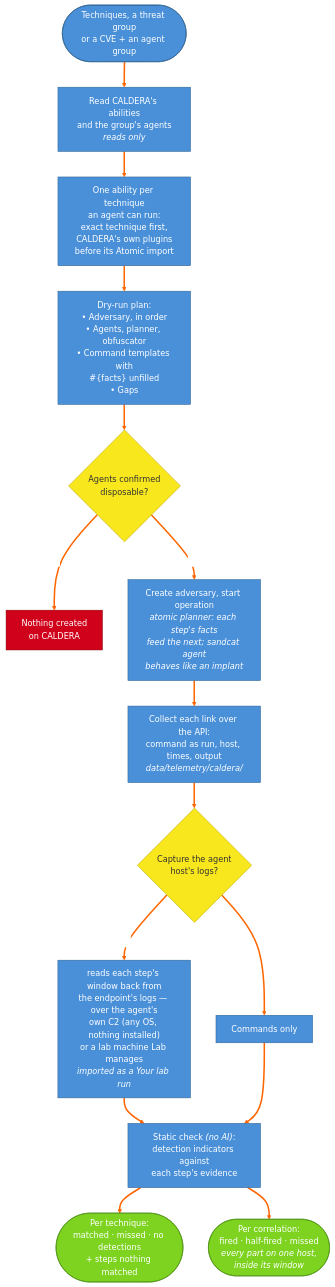
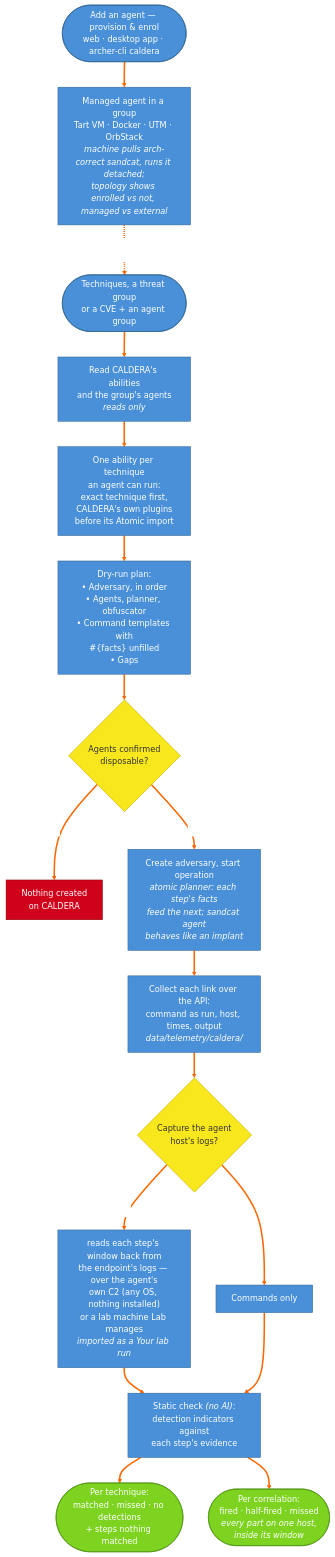
Before and after one commit to cmdaltr/shikari: the diagram in docs/architecture/mermaid/14_11_caldera_workflow_chained_emulation.md, drawn with Mermaid. The commit also changed 8 other files, not shown here.

First line of the commit message:
refactor(lab): single-source the CALDERA convention; update docs + diagram

````diff
--- a/docs/architecture/mermaid/14_11_caldera_workflow_chained_emulation.md
+++ b/docs/architecture/mermaid/14_11_caldera_workflow_chained_emulation.md
@@ -5,36 +5,40 @@
 ```mermaid
 %%{init: {'theme': 'base', 'themeVariables': {'lineColor': '#ff6600', 'edgeLabelBackground': '#ffffff', 'primaryColor': '#4a90d9', 'primaryTextColor': '#ffffff', 'primaryBorderColor': '#2c5f8a', 'secondaryColor': '#e8e8e8', 'tertiaryColor': '#f5f5f5', 'clusterBkg': '#f0f0f0', 'clusterBorder': '#999999', 'titleColor': '#000000', 'nodeTextColor': '#000000', 'background': '#ffffff'}}}%%
 flowchart TD
+    PROVISION(["Add an agent — provision &amp; enrol<br/>web · desktop app · archer-cli caldera"]) --> AGENTS["Managed agent in a group<br/>Tart VM · Docker · UTM · OrbStack<br/><i>machine pulls arch-correct sandcat, runs it detached;<br/>topology shows enrolled vs not, managed vs external</i>"]
+    AGENTS -.->|"the agents an operation runs on"| TARGET
+
     TARGET(["Techniques, a threat group<br/>or a CVE + an agent group"]) --> READ["Read CALDERA's abilities<br/>and the group's agents<br/><i>reads only</i>"]
 
     READ --> CHOOSE["One ability per technique<br/>an agent can run:<br/>exact technique first,<br/>CALDERA's own plugins<br/>before its Atomic import"]
 
     CHOOSE --> PLAN["Dry-run plan:<br/>• Adversary, in order<br/>• Agents, planner, obfuscator<br/>• Command templates with<br/>#35;{facts} unfilled<br/>• Gaps"]
 
     PLAN --> CONFIRM{"Agents confirmed<br/>disposable?"}
 
     CONFIRM -- "No" --> STOP["Nothing created<br/>on CALDERA"]
     CONFIRM -- "Yes" --> RUN["Create adversary, start operation<br/><i>atomic planner: each step's facts<br/>feed the next; sandcat agent<br/>behaves like an implant</i>"]
 
     RUN --> COLLECT["Collect each link over the API:<br/>command as run, host, times, output<br/><i>data/telemetry/caldera/</i>"]
 
     COLLECT --> CAPTURE{"Capture the agent<br/>host's logs?"}
 
     CAPTURE -- "Yes" --> LOGS["reads each step's window back from<br/>the endpoint's logs — over the agent's<br/>own C2 (any OS, nothing installed)<br/>or a lab machine Lab manages<br/><i>imported as a Your lab run</i>"]
     CAPTURE -- "No" --> CMDS["Commands only"]
 
     LOGS --> CHECK["Static check <i>(no AI)</i>:<br/>detection indicators against<br/>each step's evidence"]
     CMDS --> CHECK
 
     CHECK --> TECH(["Per technique:<br/>matched · missed · no detections<br/>+ steps nothing matched"])
     CHECK --> CORR(["Per correlation:<br/>fired · half-fired · missed<br/><i>every part on one host,<br/>inside its window</i>"])
 
+    style PROVISION fill:#4a90d9,stroke:#2c5f8a,color:#fff
     style TARGET fill:#4a90d9,stroke:#2c5f8a,color:#fff
     style TECH fill:#7ed321,stroke:#4a8c0f,color:#fff
     style CORR fill:#7ed321,stroke:#4a8c0f,color:#fff
     style STOP fill:#d0021b,stroke:#8b0000,color:#fff
     style CHECK fill:#4a90d9,stroke:#2c5f8a,color:#fff
     style CONFIRM fill:#f8e71c,stroke:#b8a700,color:#333
     style CAPTURE fill:#f8e71c,stroke:#b8a700,color:#333
     linkStyle default stroke:#ff6600,stroke-width:3px
 ```
````
